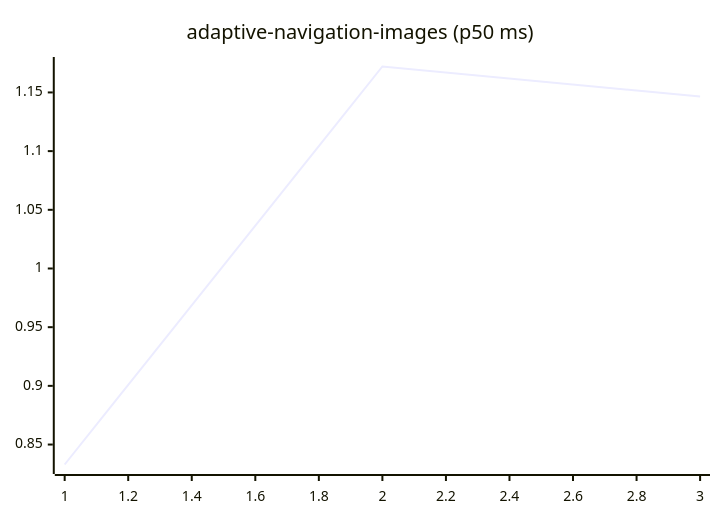
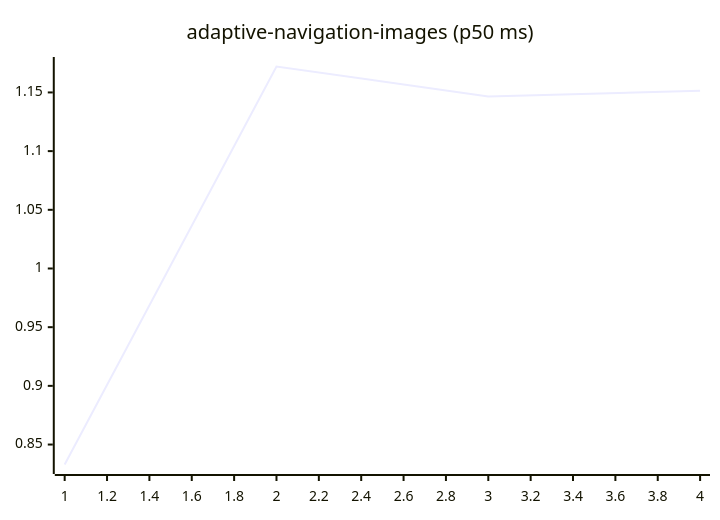
One commit to josha/Facet changed the first of 27 diagrams in README.md. Above: the diagram before and after it, drawn with Mermaid. The commit also changed other lines of this file and 2 other files, not shown here.

````diff
--- a/README.md
+++ b/README.md
@@ -63,6 +63,6 @@
 ```mermaid
 xychart-beta
     title "adaptive-navigation-images (p50 ms)"
-    x-axis 1 --> 3
-    line [0.8330, 1.1721, 1.1465]
+    x-axis 1 --> 4
+    line [0.8330, 1.1721, 1.1465, 1.1515]
 ```
````
